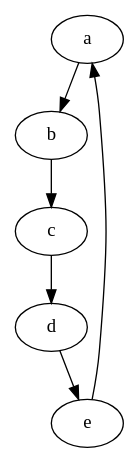
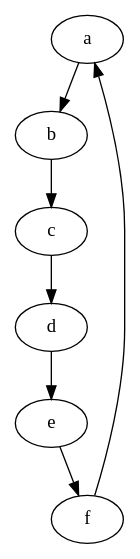
Before and after one commit to create-ensemble/feedback: the diagram in diagram/ring.dot, drawn with Graphviz. The commit also changed 7 other files, not shown here.

Commit message:
diagram updates

```diff
--- a/diagram/ring.dot
+++ b/diagram/ring.dot
@@ -1,3 +1,3 @@
 digraph ring {
-  a -> b -> c -> d -> e -> a
+  a -> b -> c -> d -> e -> f -> a
 }
```
